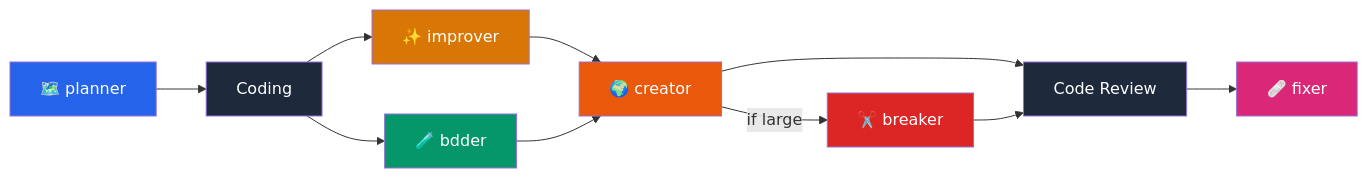
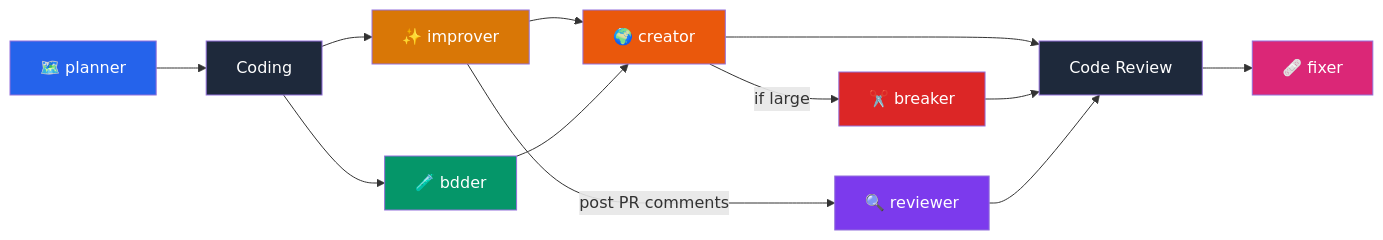
The diagram in README.md (Victorcorcos/skills), drawn with Mermaid before and after one commit. The commit also changed other lines of this file, not shown here.

````diff
--- a/README.md
+++ b/README.md
@@ -53,21 +53,24 @@
 ```mermaid
 flowchart LR
     A[🗺️ planner] --> B[Coding]
     B --> C[✨ improver]
     B --> D[🧪 bdder]
     C --> E[🌍 creator]
     D --> E[🌍 creator]
     E --> F[Code Review]
     E -->|if large| G[✂️ breaker]
     G --> F
+    C -->|post PR comments| I[🔍 reviewer]
+    I --> F
     F --> H[🩹 fixer]
 
     style A fill:#2563EB,color:#fff
     style C fill:#D97706,color:#fff
     style D fill:#059669,color:#fff
     style E fill:#EA580C,color:#fff
     style F fill:#1e293b,color:#fff
     style G fill:#DC2626,color:#fff
     style H fill:#DB2777,color:#fff
+    style I fill:#7C3AED,color:#fff
     style B fill:#1e293b,color:#fff
 ```
````
